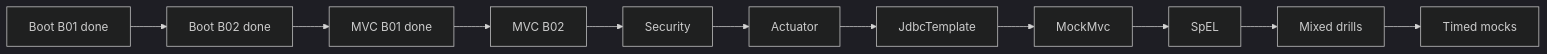
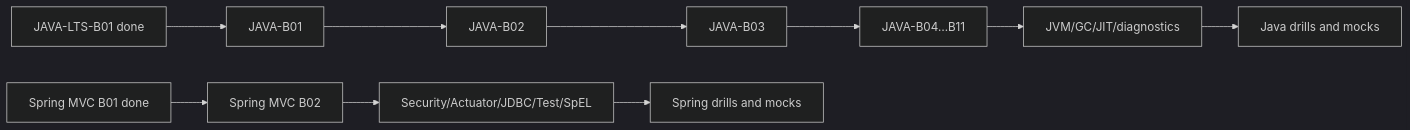
The second of 2 diagrams in 00_HOME/Certification 99 Percent Readiness Dashboard.md (alimbetov/obsidian), drawn with Mermaid (dark theme) before and after one commit. The commit also changed other lines of this file, not shown here.

Commit message:
docs: add Java 11 17 21 platform readiness to dashboard

````diff
--- a/00_HOME/Certification 99 Percent Readiness Dashboard.md
+++ b/00_HOME/Certification 99 Percent Readiness Dashboard.md
@@ -225,13 +240,12 @@
 ```mermaid
 flowchart LR
-    B1["Boot B01 done"] --> B2["Boot B02 done"]
-    B2 --> MVC1["MVC B01 done"]
-    MVC1 --> MVC2["MVC B02"]
-    MVC2 --> SEC["Security"]
-    SEC --> ACT["Actuator"]
-    ACT --> JDBC["JdbcTemplate"]
-    JDBC --> WEBTEST["MockMvc"]
-    WEBTEST --> SPEL["SpEL"]
-    SPEL --> DRILLS["Mixed drills"]
-    DRILLS --> MOCKS["Timed mocks"]
+    JLTS["JAVA-LTS-B01 done"] --> JB1["JAVA-B01"]
+    JB1 --> JB2["JAVA-B02"]
+    JB2 --> JB3["JAVA-B03"]
+    JB3 --> JREST["JAVA-B04…B11"]
+    JREST --> JVM["JVM/GC/JIT/diagnostics"]
+    JVM --> JMOCK["Java drills and mocks"]
+    MVC1["Spring MVC B01 done"] --> MVC2["Spring MVC B02"]
+    MVC2 --> SREST["Security/Actuator/JDBC/Test/SpEL"]
+    SREST --> SMOCK["Spring drills and mocks"]
 ```
````
